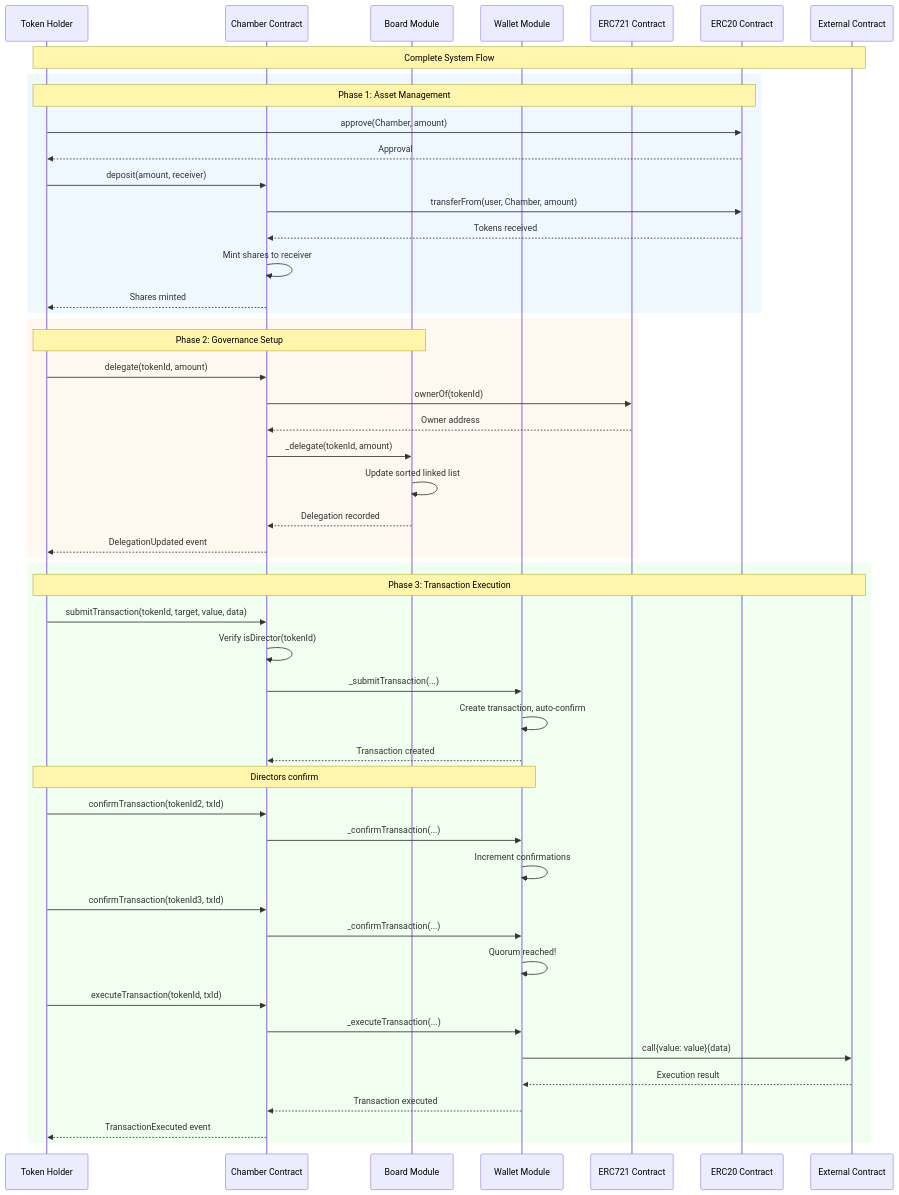
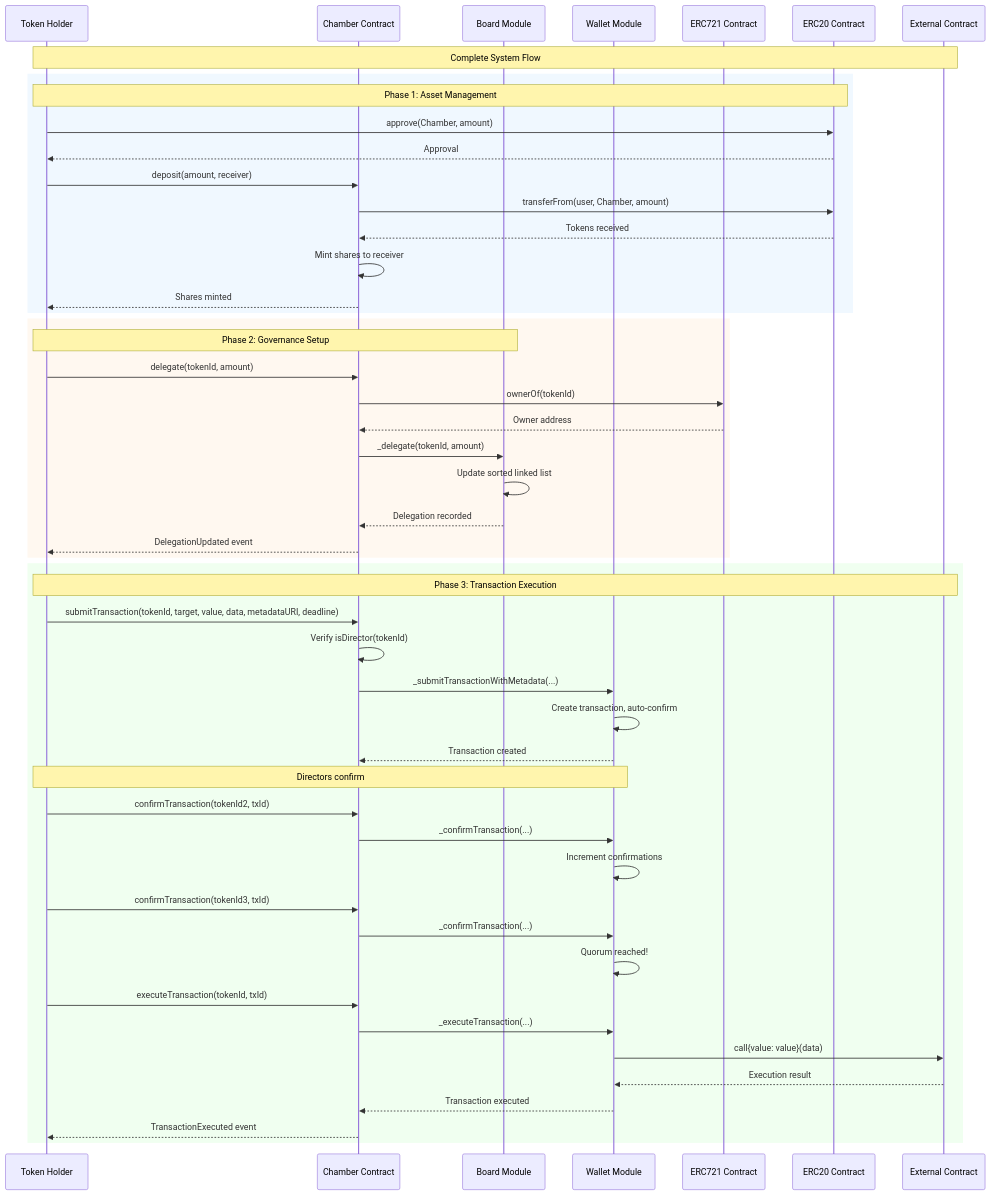
The first of 11 diagrams in docs/reference/sequence-diagrams.md (loreum-org/chamber), drawn with Mermaid before and after one commit. The commit also changed other lines of this file and 145 other files, not shown here.

First line of the commit message:
Chamber 1.3.0: cut session keys, extra submit functions and migration code (#400)

````diff
--- a/docs/reference/sequence-diagrams.md
+++ b/docs/reference/sequence-diagrams.md
@@ -25,59 +25,59 @@
 ```mermaid
 sequenceDiagram
     participant User as Token Holder
     participant Chamber as Chamber Contract
     participant Board as Board Module
     participant Wallet as Wallet Module
     participant NFT as ERC721 Contract
     participant ERC20 as ERC20 Contract
     participant External as External Contract
 
     Note over User,External: Complete System Flow
 
     rect rgb(240, 248, 255)
         Note over User,ERC20: Phase 1: Asset Management
         User->>ERC20: approve(Chamber, amount)
         ERC20-->>User: Approval
         User->>Chamber: deposit(amount, receiver)
         Chamber->>ERC20: transferFrom(user, Chamber, amount)
         ERC20-->>Chamber: Tokens received
         Chamber->>Chamber: Mint shares to receiver
         Chamber-->>User: Shares minted
     end
 
     rect rgb(255, 248, 240)
         Note over User,Board: Phase 2: Governance Setup
         User->>Chamber: delegate(tokenId, amount)
         Chamber->>NFT: ownerOf(tokenId)
         NFT-->>Chamber: Owner address
         Chamber->>Board: _delegate(tokenId, amount)
         Board->>Board: Update sorted linked list
         Board-->>Chamber: Delegation recorded
         Chamber-->>User: DelegationUpdated event
     end
 
     rect rgb(240, 255, 240)
         Note over User,External: Phase 3: Transaction Execution
-        User->>Chamber: submitTransaction(tokenId, target, value, data)
+        User->>Chamber: submitTransaction(tokenId, target, value, data, metadataURI, deadline)
         Chamber->>Chamber: Verify isDirector(tokenId)
-        Chamber->>Wallet: _submitTransaction(...)
+        Chamber->>Wallet: _submitTransactionWithMetadata(...)
         Wallet->>Wallet: Create transaction, auto-confirm
         Wallet-->>Chamber: Transaction created
         
         Note over User,Wallet: Directors confirm
         User->>Chamber: confirmTransaction(tokenId2, txId)
         Chamber->>Wallet: _confirmTransaction(...)
         Wallet->>Wallet: Increment confirmations
         
         User->>Chamber: confirmTransaction(tokenId3, txId)
         Chamber->>Wallet: _confirmTransaction(...)
         Wallet->>Wallet: Quorum reached!
         
         User->>Chamber: executeTransaction(tokenId, txId)
         Chamber->>Wallet: _executeTransaction(...)
         Wallet->>External: call{value: value}(data)
         External-->>Wallet: Execution result
         Wallet-->>Chamber: Transaction executed
         Chamber-->>User: TransactionExecuted event
     end
 ```
````
